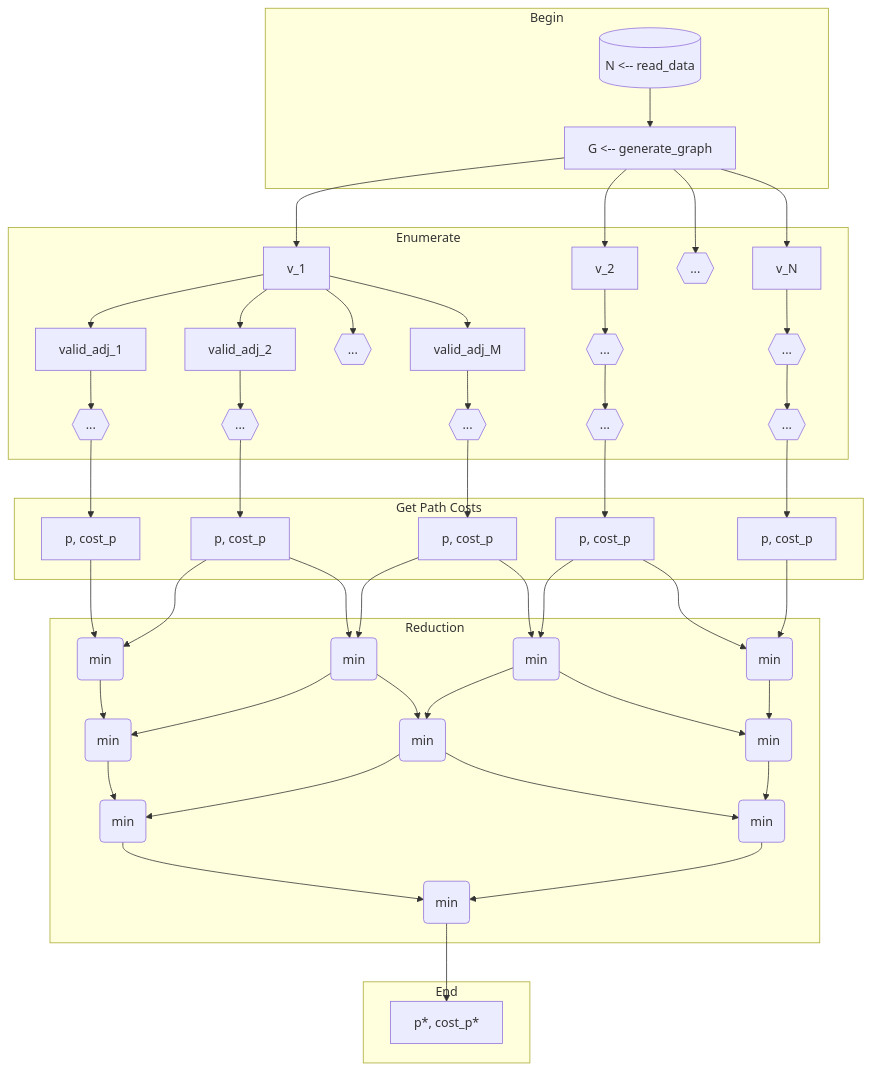
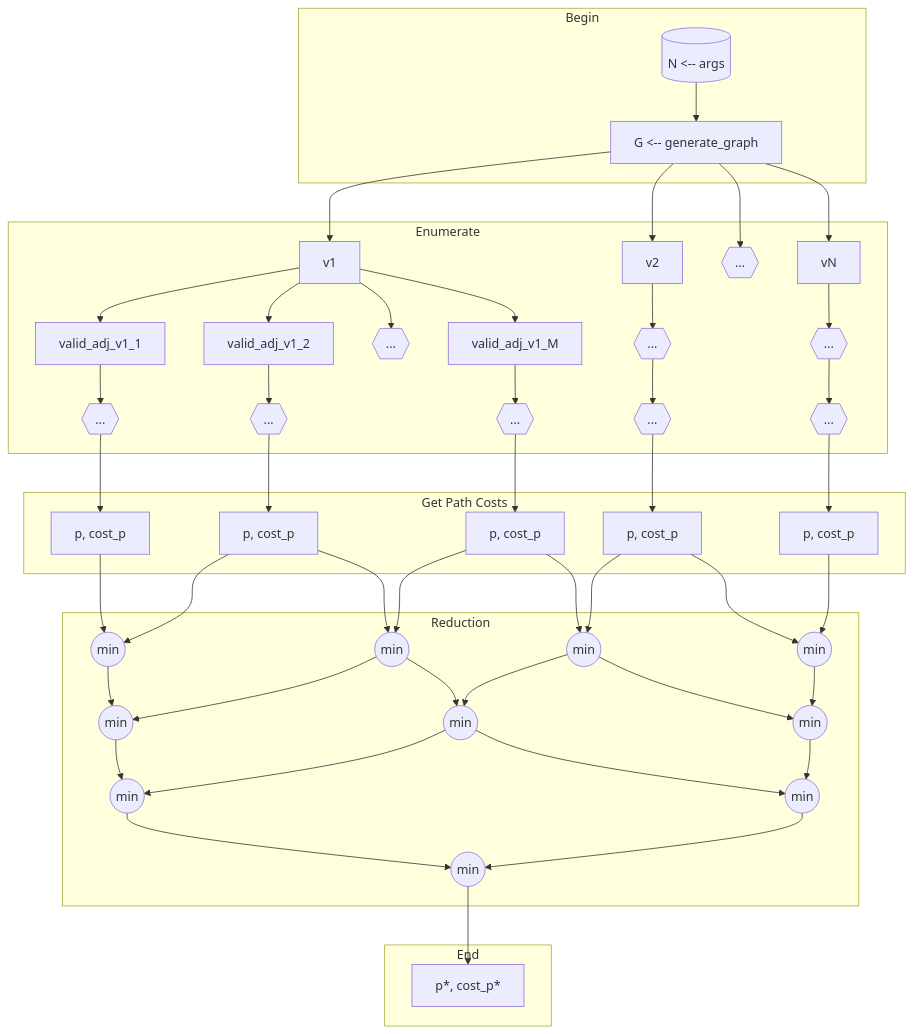
One commit to karolinyoliveira/mpi-travelling-salesman changed the diagram in README.md. Above: the diagram before and after it, drawn with Mermaid. The commit also changed other lines of this file and 2 other files, not shown here.

Commit message:
added PCAM and sequential basic template

````diff
--- a/README.md
+++ b/README.md
@@ -5,82 +9,82 @@
 ```mermaid
 %% Paralelização do problema do caixeiro viajante
 
 %% Tipo de grafo
 graph TD 
 
 %% Inicialização
 subgraph Begin
-	id0[(N <-- read_data)] --> id1[G <-- generate_graph]
+	id0[(N <-- args)] --> id1[G <-- generate_graph]
 end
 
 %% Enumeração dos caminhos
 subgraph Enumerate
 
 	%% Linha 1
-	id1[G <-- generate_graph] --> v_1
-	id1[G <-- generate_graph] --> v_2
+	id1[G <-- generate_graph] --> v1
+	id1[G <-- generate_graph] --> v2
 	id1[G <-- generate_graph] --> id2{{...}}
-	id1[G <-- generate_graph] --> v_N
+	id1[G <-- generate_graph] --> vN
 	
 	%% Linha 2 :: Vértice 1
-	v_1 --> valid_adj_1
-	v_1 --> valid_adj_2
-	v_1 --> id3{{...}}
-	v_1 --> valid_adj_M
+	v1 --> valid_adj_v1_1
+	v1 --> valid_adj_v1_2
+	v1 --> id3{{...}}
+	v1 --> valid_adj_v1_M
 	
 	%% Linha 2 :: demais vértices
-	v_2 --> id4{{...}}
-	v_N --> id5{{...}}
+	v2 --> id4{{...}}
+	vN --> id5{{...}}
 	
 	%% Linha 3
-	valid_adj_1 --> id6{{...}}
-	valid_adj_2 --> id7{{...}}
-	valid_adj_M --> id8{{...}}
+	valid_adj_v1_1 --> id6{{...}}
+	valid_adj_v1_2 --> id7{{...}}
+	valid_adj_v1_M --> id8{{...}}
 	id4{{...}} --> id9{{...}}
 	id5{{...}} --> id10{{...}}
 end
 
 %% Custos totais dos caminhos
 subgraph Get Path Costs
 	id6{{...}} --> id11[p, cost_p]
 	id7{{...}} --> id12[p, cost_p]
 	id8{{...}} --> id13[p, cost_p]
 	id9{{...}} --> id14[p, cost_p]
 	id10{{...}} --> id15[p, cost_p]
 end
 
 %% Redução para o menor caminho
 subgraph Reduction
 
 	%% Linha 1
-	id11[p, cost_p] --> id16(min)
-	id12[p, cost_p] --> id16(min)
-	id12[p, cost_p] --> id17(min)
-	id13[p, cost_p] --> id17(min)
-	id13[p, cost_p] --> id18(min)
-	id14[p, cost_p] --> id18(min)
-	id14[p, cost_p] --> id19(min)
-	id15[p, cost_p] --> id19(min)
+	id11[p, cost_p] --> id16((min))
+	id12[p, cost_p] --> id16((min))
+	id12[p, cost_p] --> id17((min))
+	id13[p, cost_p] --> id17((min))
+	id13[p, cost_p] --> id18((min))
+	id14[p, cost_p] --> id18((min))
+	id14[p, cost_p] --> id19((min))
+	id15[p, cost_p] --> id19((min))
 	
 	%% Linha 2
-	id16(min) --> id20(min)
-	id17(min) --> id20(min)
-	id17(min) --> id21(min)
-	id18(min) --> id21(min)
-	id18(min) --> id22(min)
-	id19(min) --> id22(min)
+	id16((min)) --> id20((min))
+	id17((min)) --> id20((min))
+	id17((min)) --> id21((min))
+	id18((min)) --> id21((min))
+	id18((min)) --> id22((min))
+	id19((min)) --> id22((min))
 	
 	%% Linhas 3 e 4
-	id20(min) --> id23(min)
-	id21(min) --> id23(min)
-	id21(min) --> id24(min)
-	id22(min) --> id24(min)
-	id23(min) --> id25(min)
-	id24(min) --> id25(min)
+	id20((min)) --> id23((min))
+	id21((min)) --> id23((min))
+	id21((min)) --> id24((min))
+	id22((min)) --> id24((min))
+	id23((min)) --> id25((min))
+	id24((min)) --> id25((min))
 end
 
 %% Finalização
 subgraph End
-	id25(min) --> id26[p*, cost_p*]
+	id25((min)) --> id26[p*, cost_p*]
 end
 ```
````
